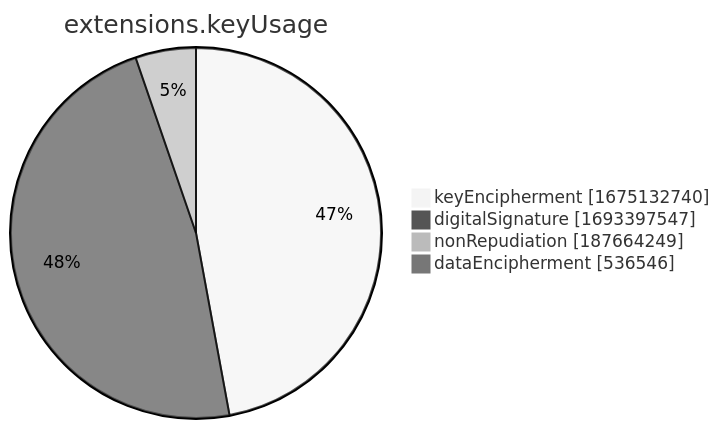
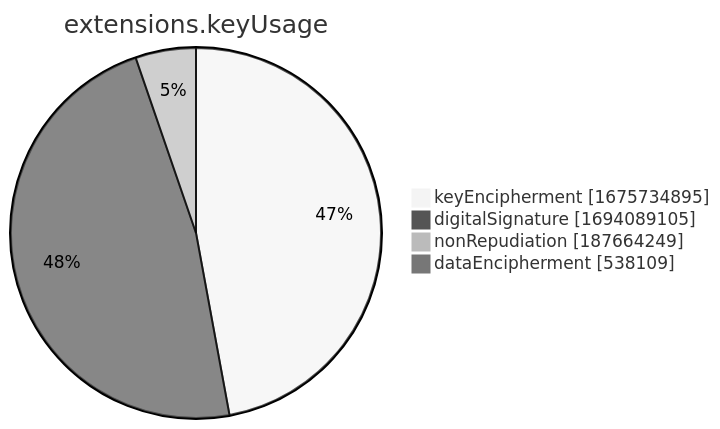
Before and after one commit to christiankrug/ctmonitor_visualization: the seventh of 15 diagrams in xenon2022/README.md, drawn with Mermaid (neutral theme). The commit also changed other lines of this file, not shown here.

````diff
--- a/xenon2022/README.md
+++ b/xenon2022/README.md
@@ -2857,8 +2857,8 @@
 ```mermaid
 pie showData
 title extensions.keyUsage
-"keyEncipherment" :1675132740
-"digitalSignature" :1693397547
+"keyEncipherment" :1675734895
+"digitalSignature" :1694089105
 "nonRepudiation" :187664249
-"dataEncipherment" :536546
+"dataEncipherment" :538109
 ```
````
